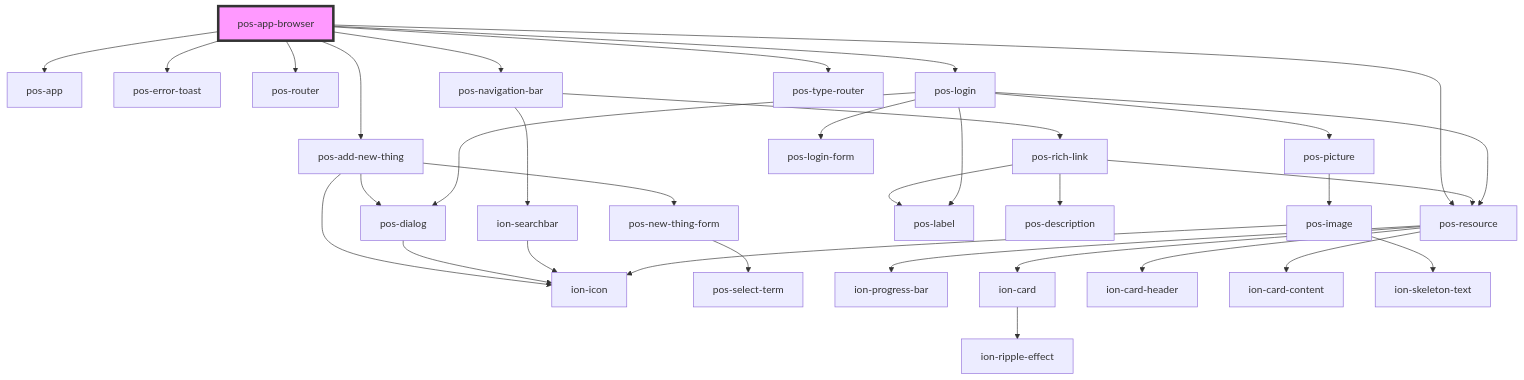
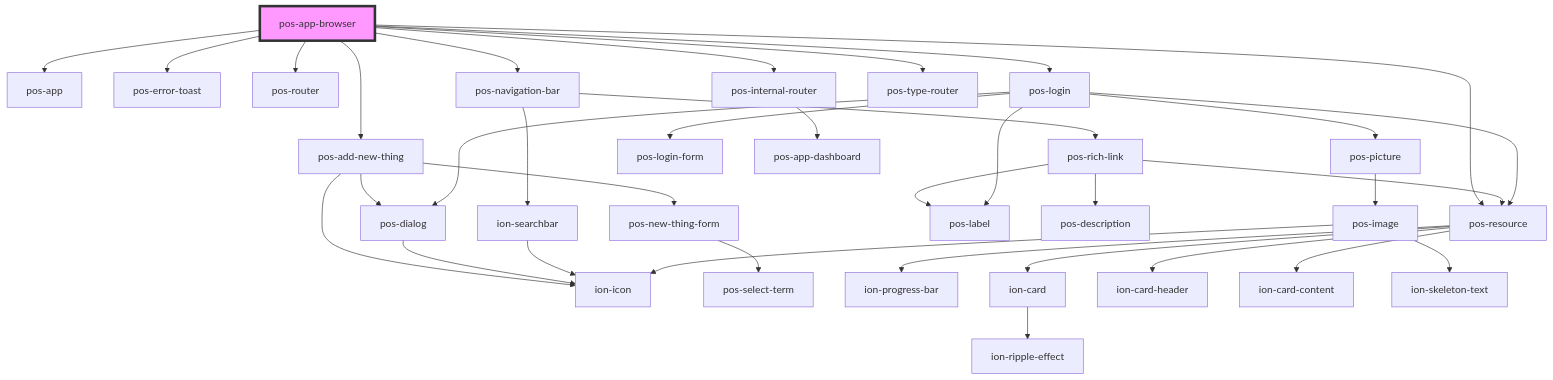
The diagram in docs/elements/apps/pos-app-browser/readme.md (pod-os/PodOS), drawn with Mermaid before and after one commit. The commit also changed other lines of this file and 6 other files, not shown here.

````diff
--- a/docs/elements/apps/pos-app-browser/readme.md
+++ b/docs/elements/apps/pos-app-browser/readme.md
@@ -29,36 +31,38 @@
 ```mermaid
 graph TD;
   pos-app-browser --> pos-app
   pos-app-browser --> pos-error-toast
   pos-app-browser --> pos-router
   pos-app-browser --> pos-add-new-thing
   pos-app-browser --> pos-navigation-bar
   pos-app-browser --> pos-login
+  pos-app-browser --> pos-internal-router
   pos-app-browser --> pos-resource
   pos-app-browser --> pos-type-router
   pos-add-new-thing --> ion-icon
   pos-add-new-thing --> pos-dialog
   pos-add-new-thing --> pos-new-thing-form
   pos-dialog --> ion-icon
   pos-new-thing-form --> pos-select-term
   pos-navigation-bar --> ion-searchbar
   pos-navigation-bar --> pos-rich-link
   ion-searchbar --> ion-icon
   pos-rich-link --> pos-resource
   pos-rich-link --> pos-label
   pos-rich-link --> pos-description
   pos-resource --> ion-progress-bar
   pos-resource --> ion-card
   pos-resource --> ion-card-header
   pos-resource --> ion-card-content
   ion-card --> ion-ripple-effect
   pos-login --> pos-resource
   pos-login --> pos-picture
   pos-login --> pos-label
   pos-login --> pos-dialog
   pos-login --> pos-login-form
   pos-picture --> pos-image
   pos-image --> ion-skeleton-text
   pos-image --> ion-icon
+  pos-internal-router --> pos-app-dashboard
   style pos-app-browser fill:#f9f,stroke:#333,stroke-width:4px
 ```
````
